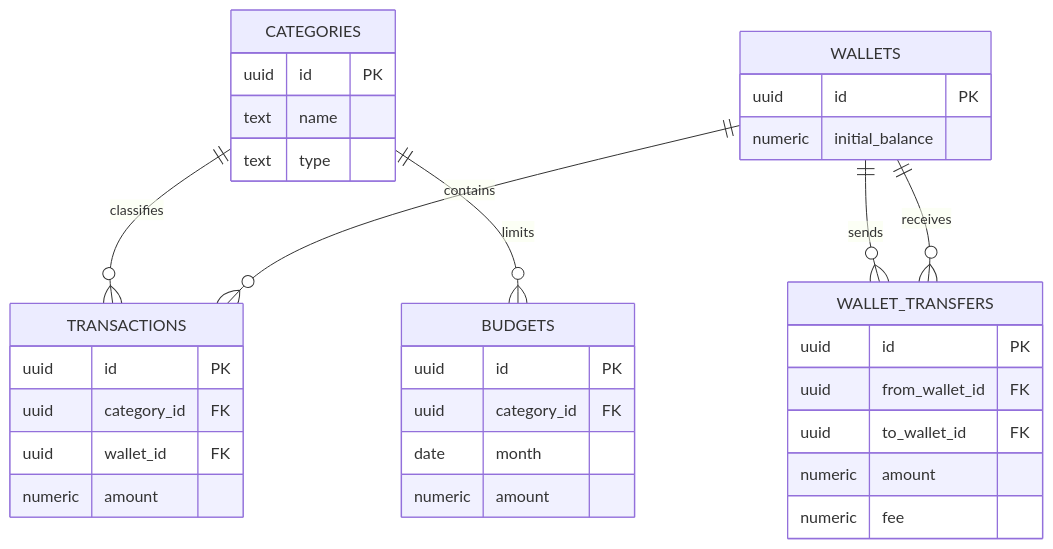
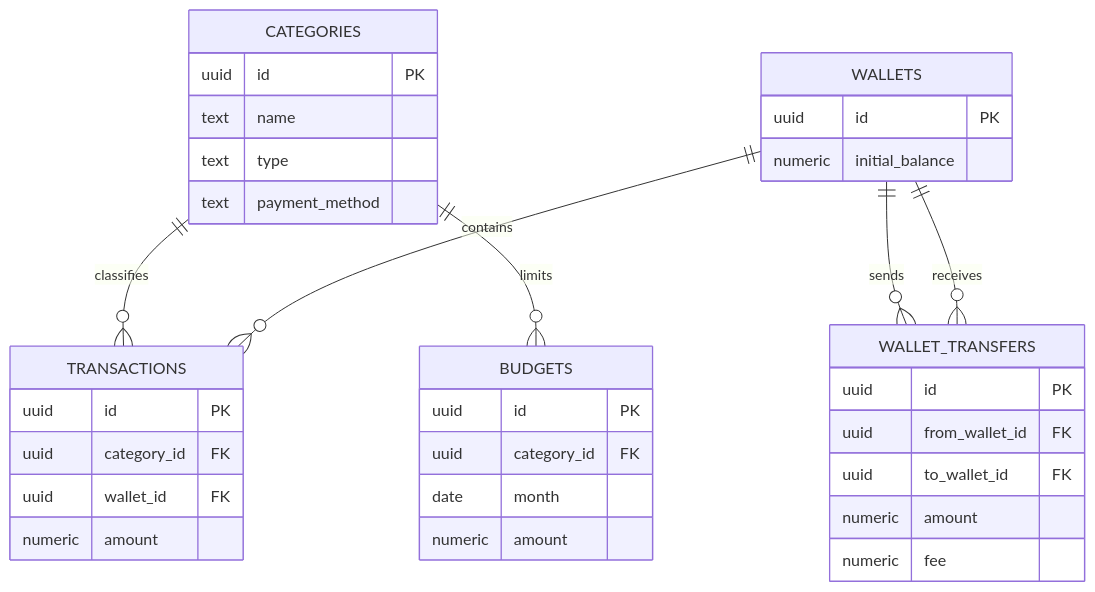
One commit to ZakiAryo/Keuangan changed the diagram in docs/DATABASE.md. Above: the diagram before and after it, drawn with Mermaid. The commit also changed other lines of this file and 26 other files, not shown here.

````diff
--- a/docs/DATABASE.md
+++ b/docs/DATABASE.md
@@ -8,37 +8,38 @@
 ```mermaid
 erDiagram
   CATEGORIES ||--o{ TRANSACTIONS : classifies
   CATEGORIES ||--o{ BUDGETS : limits
   WALLETS ||--o{ TRANSACTIONS : contains
   WALLETS ||--o{ WALLET_TRANSFERS : sends
   WALLETS ||--o{ WALLET_TRANSFERS : receives
 
   CATEGORIES {
     uuid id PK
     text name
     text type
+    text payment_method
   }
   WALLETS {
     uuid id PK
     numeric initial_balance
   }
   TRANSACTIONS {
     uuid id PK
     uuid category_id FK
     uuid wallet_id FK
     numeric amount
   }
   BUDGETS {
     uuid id PK
     uuid category_id FK
     date month
     numeric amount
   }
   WALLET_TRANSFERS {
     uuid id PK
     uuid from_wallet_id FK
     uuid to_wallet_id FK
     numeric amount
     numeric fee
   }
 ```
````
